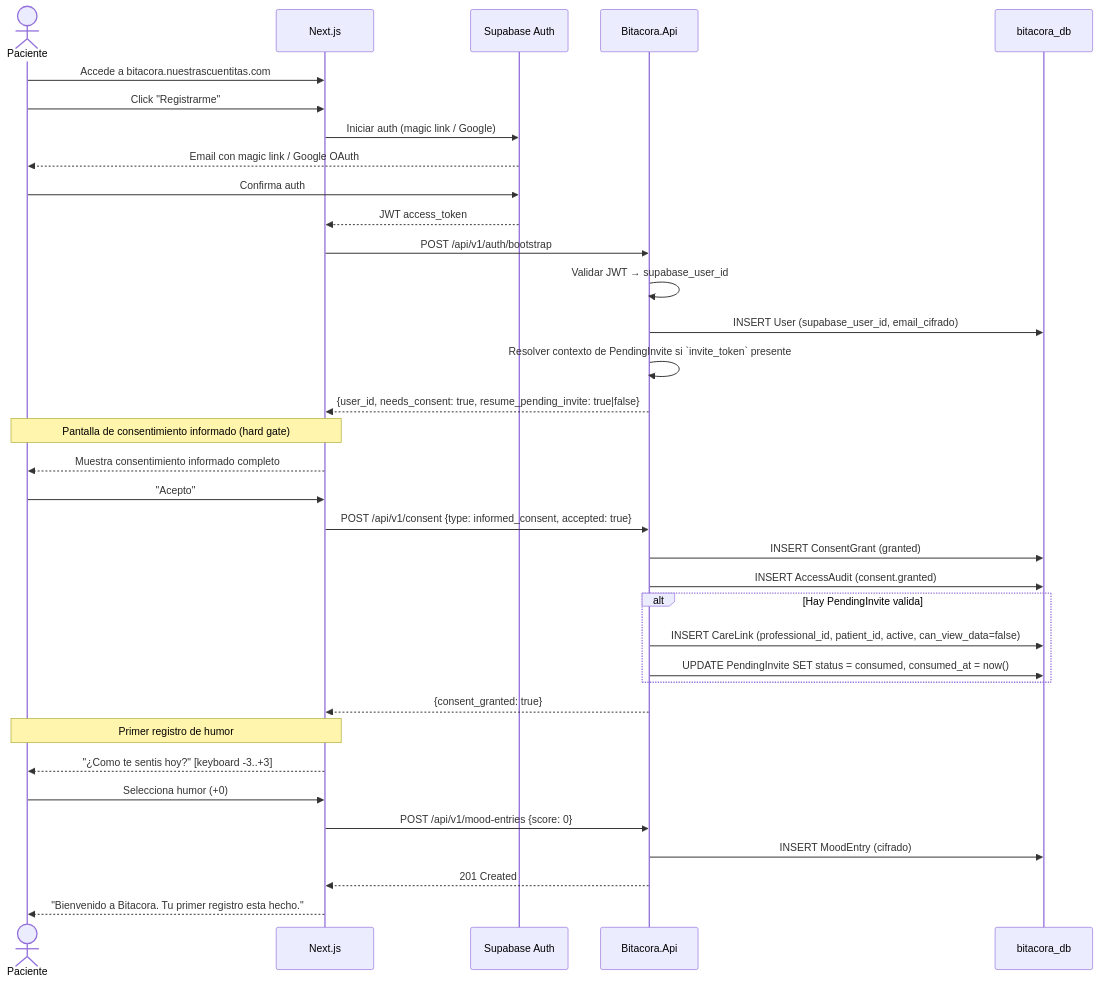
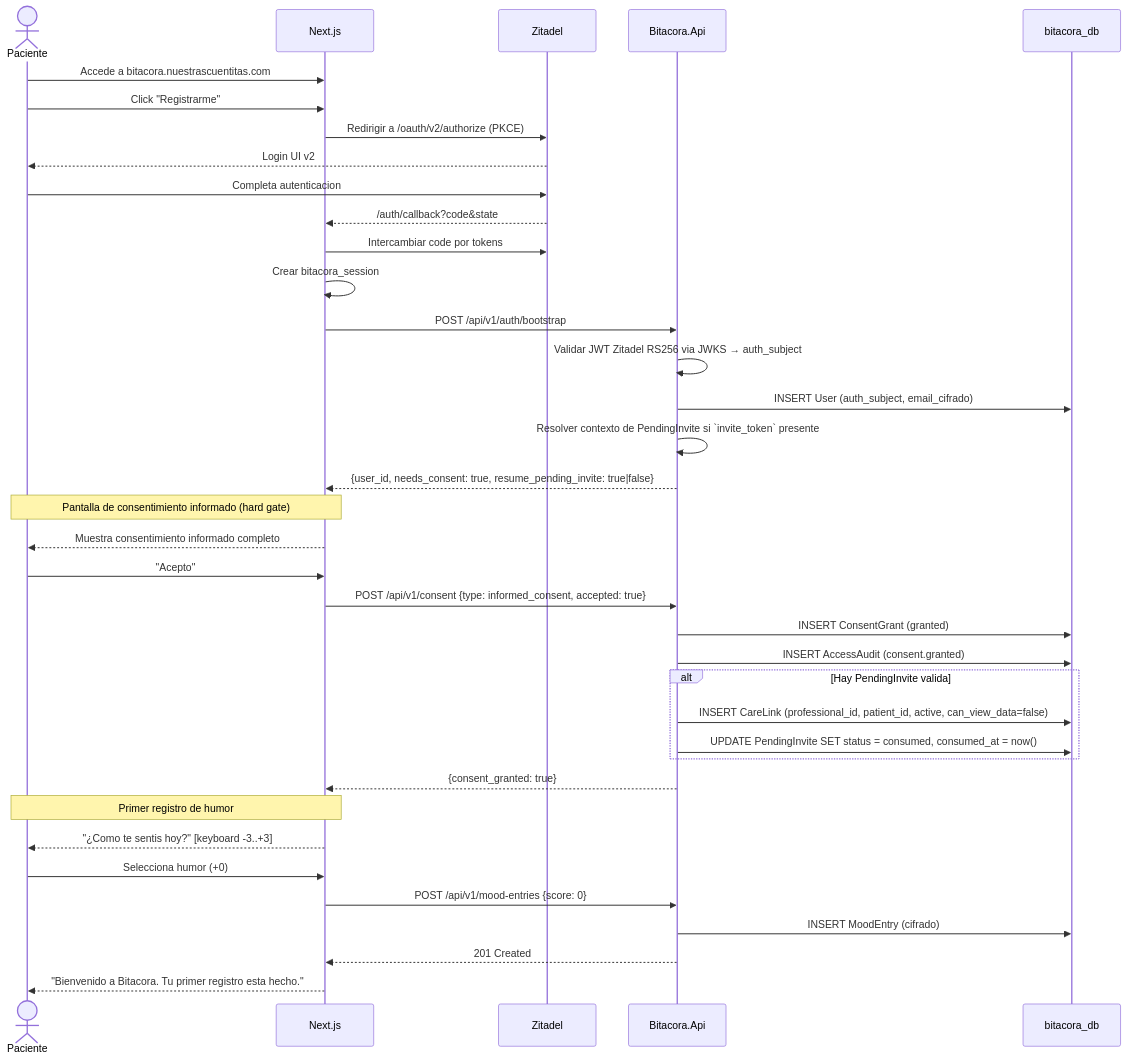
The diagram in .docs/wiki/03_FL/FL-ONB-01.md (fgpaz/bitacora), drawn with Mermaid before and after one commit. The commit also changed other lines of this file and 14 other files, not shown here.

Commit message:
fix(auth): preserve zitadel session cookie

````diff
--- a/.docs/wiki/03_FL/FL-ONB-01.md
+++ b/.docs/wiki/03_FL/FL-ONB-01.md
@@ -34,40 +34,42 @@
 ```mermaid
 sequenceDiagram
     actor P as Paciente
     participant WEB as Next.js
-    participant SUPA as Supabase Auth
+    participant IDP as Zitadel
     participant API as Bitacora.Api
     participant DB as bitacora_db
 
     P->>WEB: Accede a bitacora.nuestrascuentitas.com
     P->>WEB: Click "Registrarme"
-    WEB->>SUPA: Iniciar auth (magic link / Google)
-    SUPA-->>P: Email con magic link / Google OAuth
-    P->>SUPA: Confirma auth
-    SUPA-->>WEB: JWT access_token
+    WEB->>IDP: Redirigir a /oauth/v2/authorize (PKCE)
+    IDP-->>P: Login UI v2
+    P->>IDP: Completa autenticacion
+    IDP-->>WEB: /auth/callback?code&state
+    WEB->>IDP: Intercambiar code por tokens
+    WEB->>WEB: Crear bitacora_session
     WEB->>API: POST /api/v1/auth/bootstrap
-    API->>API: Validar JWT → supabase_user_id
-    API->>DB: INSERT User (supabase_user_id, email_cifrado)
+    API->>API: Validar JWT Zitadel RS256 via JWKS → auth_subject
+    API->>DB: INSERT User (auth_subject, email_cifrado)
     API->>API: Resolver contexto de PendingInvite si `invite_token` presente
     API-->>WEB: {user_id, needs_consent: true, resume_pending_invite: true|false}
 
     Note over WEB,P: Pantalla de consentimiento informado (hard gate)
     WEB-->>P: Muestra consentimiento informado completo
     P->>WEB: "Acepto"
     WEB->>API: POST /api/v1/consent {type: informed_consent, accepted: true}
     API->>DB: INSERT ConsentGrant (granted)
     API->>DB: INSERT AccessAudit (consent.granted)
     alt Hay PendingInvite valida
         API->>DB: INSERT CareLink (professional_id, patient_id, active, can_view_data=false)
         API->>DB: UPDATE PendingInvite SET status = consumed, consumed_at = now()
     end
     API-->>WEB: {consent_granted: true}
 
     Note over WEB,P: Primer registro de humor
     WEB-->>P: "¿Como te sentis hoy?" [keyboard -3..+3]
     P->>WEB: Selecciona humor (+0)
     WEB->>API: POST /api/v1/mood-entries {score: 0}
     API->>DB: INSERT MoodEntry (cifrado)
     API-->>WEB: 201 Created
     WEB-->>P: "Bienvenido a Bitacora. Tu primer registro esta hecho."
 ```
````
